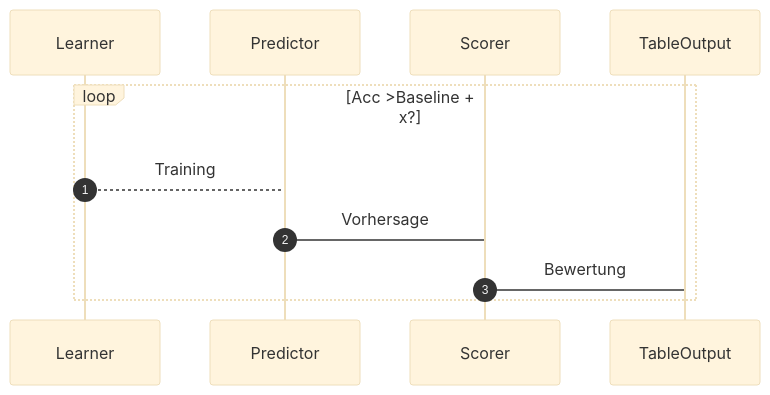
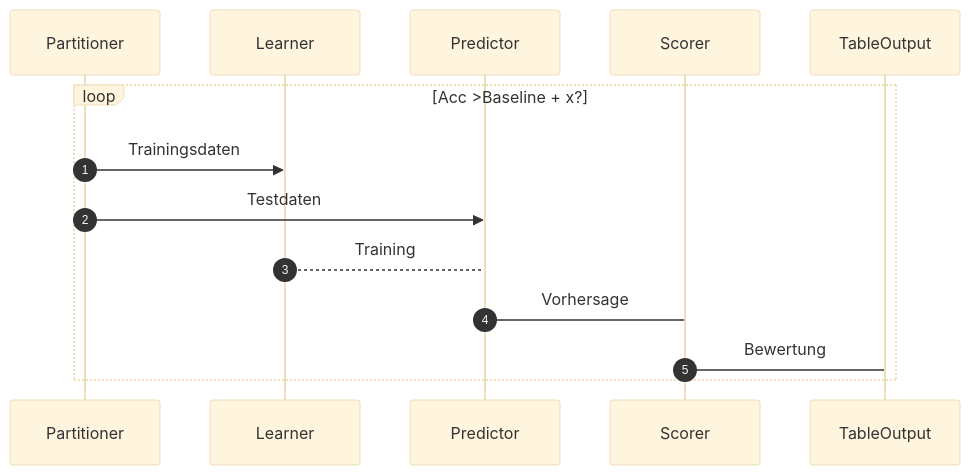
Before and after one commit to nevsglueckauf/Burnout: the third of 3 diagrams in doq/data_processing.md, drawn with Mermaid (base theme).

Commit message:
Cleaning bot

````diff
--- a/doq/data_processing.md
+++ b/doq/data_processing.md
@@ -101,10 +101,12 @@
 ```mermaid
 sequenceDiagram
 autonumber
 
 loop Acc >Baseline + x?
+        Partitioner->>Learner: Trainingsdaten
+        Partitioner->>Predictor: Testdaten
         Learner-->Predictor: Training
         Predictor->Scorer: Vorhersage
         Scorer->TableOutput: Bewertung
     end
 ```
````
